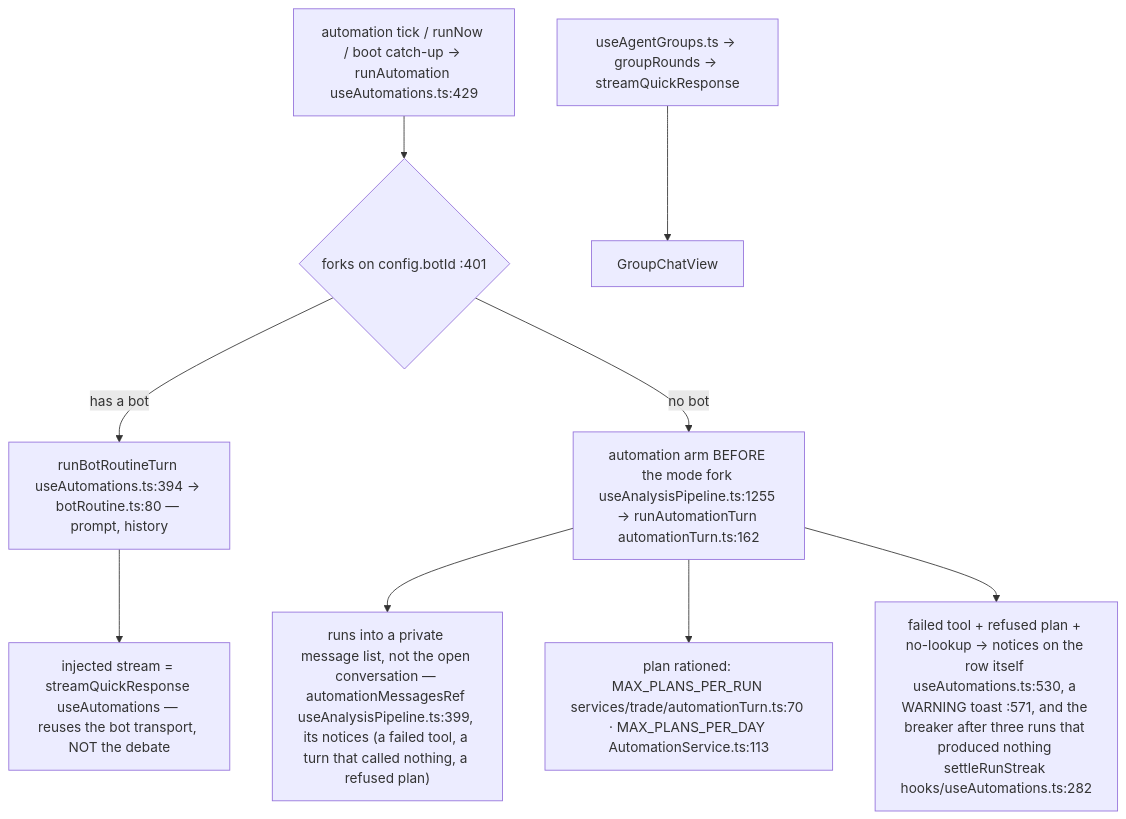
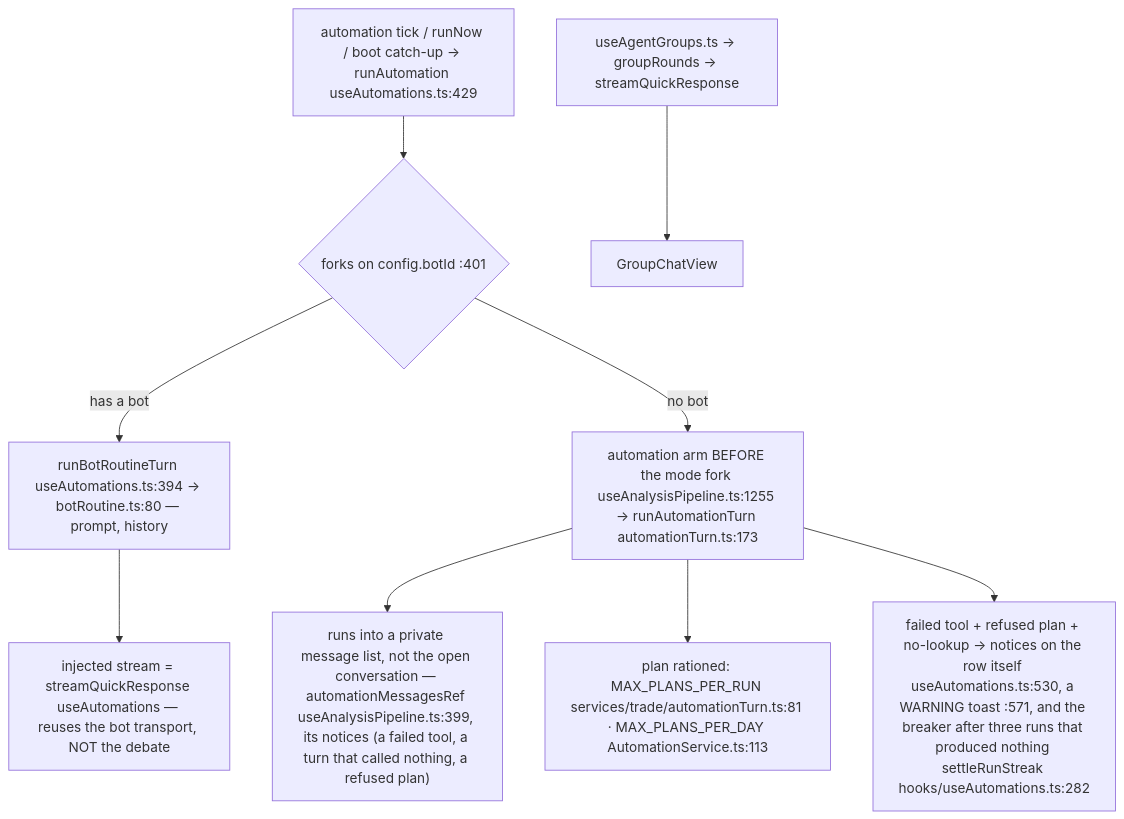
Before and after one commit to Acepay25/august-3.5: the fifth of 8 diagrams in docs/app-flow.md, drawn with Mermaid. The commit also changed other lines of this file and 22 other files, not shown here.

````diff
--- a/docs/app-flow.md
+++ b/docs/app-flow.md
@@ -445,11 +445,11 @@
 ```mermaid
 flowchart TD
     TK["automation tick / runNow / boot catch-up → runAutomation useAutomations.ts:429"] --> D{"forks on config.botId :401"}
     D -->|has a bot| BR["runBotRoutineTurn useAutomations.ts:394 → botRoutine.ts:80 — prompt, history"]
     BR --> ST["injected stream = streamQuickResponse useAutomations — reuses the bot transport, NOT the debate"]
-    D -->|no bot| AT["automation arm BEFORE the mode fork useAnalysisPipeline.ts:1255 → runAutomationTurn automationTurn.ts:162"]
+    D -->|no bot| AT["automation arm BEFORE the mode fork useAnalysisPipeline.ts:1255 → runAutomationTurn automationTurn.ts:173"]
     AT --> PRIV["runs into a private message list, not the open conversation — automationMessagesRef useAnalysisPipeline.ts:399, its notices (a failed tool, a turn that called nothing, a refused plan)"]
-    AT --> CAP["plan rationed: MAX_PLANS_PER_RUN services/trade/automationTurn.ts:70 · MAX_PLANS_PER_DAY AutomationService.ts:113"]
+    AT --> CAP["plan rationed: MAX_PLANS_PER_RUN services/trade/automationTurn.ts:81 · MAX_PLANS_PER_DAY AutomationService.ts:113"]
     AT --> FAIL["failed tool + refused plan + no-lookup → notices on the row itself useAutomations.ts:530, a WARNING toast :571, and the breaker after three runs that produced nothing settleRunStreak hooks/useAutomations.ts:282"]
     GR["useAgentGroups.ts → groupRounds → streamQuickResponse"] --> GV["GroupChatView"]
 ```
````
